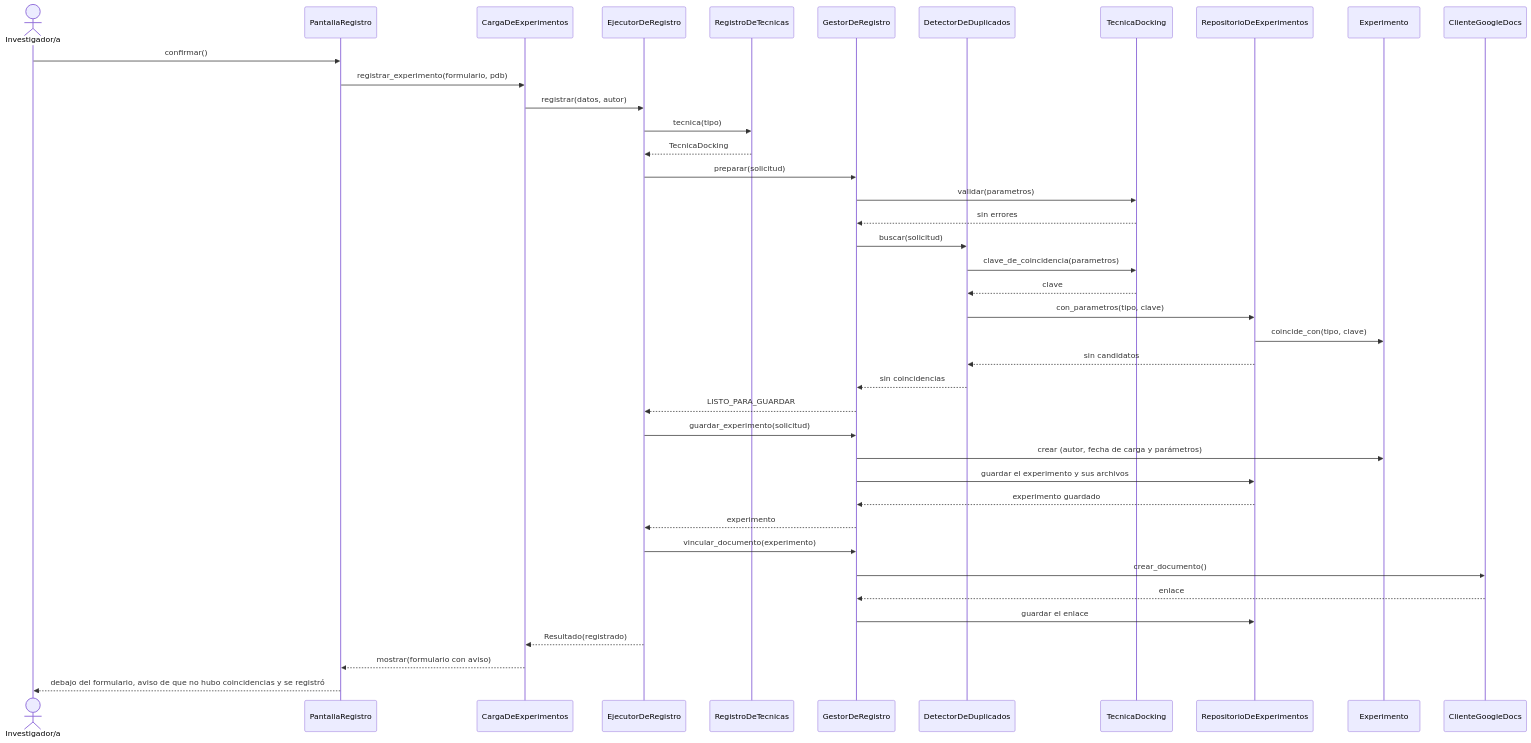
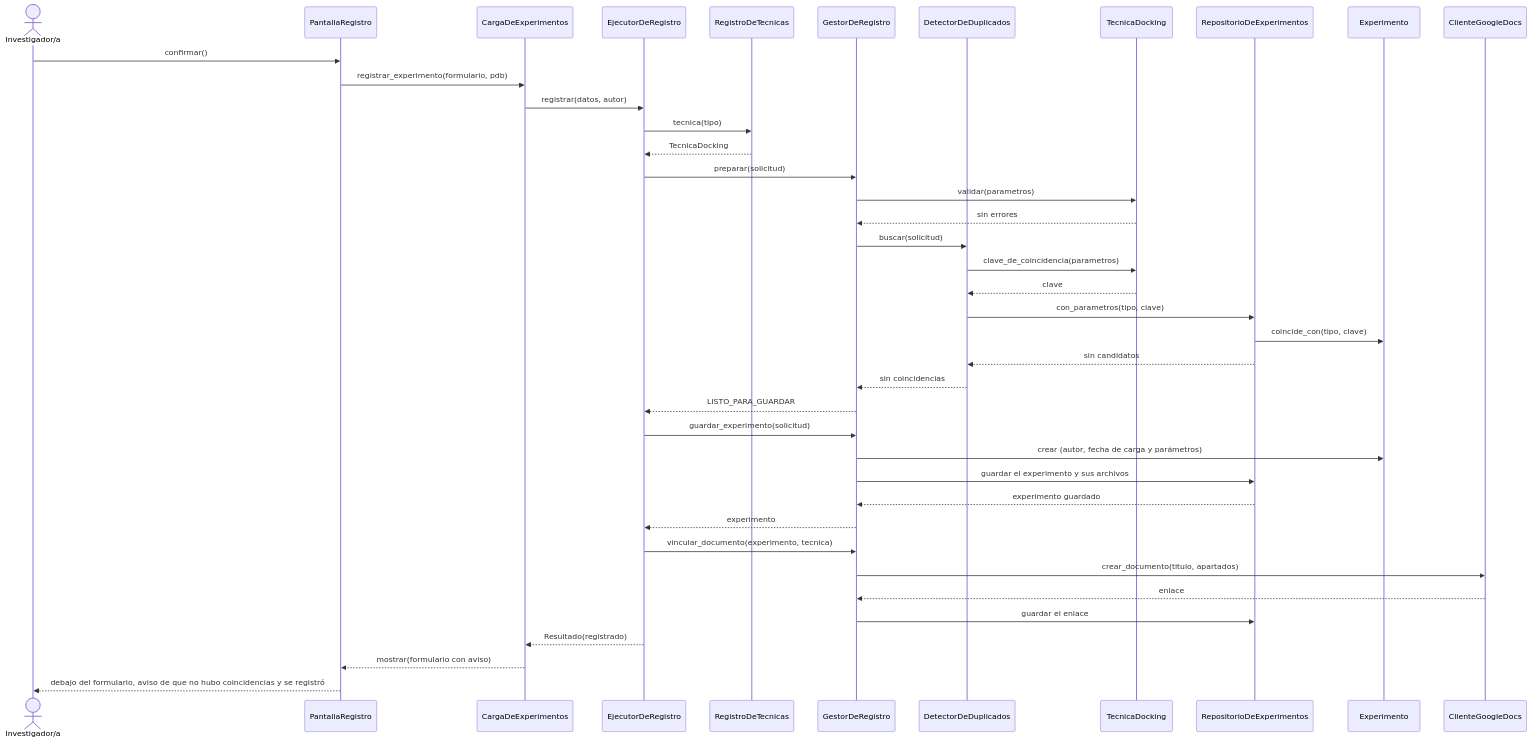
One commit to LucasSegovia01/BitacoraBio-2026 changed the second of 5 diagrams in docs/design/diseno-detallado.md. Above: the diagram before and after it, drawn with Mermaid. The commit also changed other lines of this file and 12 other files, not shown here.

````diff
--- a/docs/design/diseno-detallado.md
+++ b/docs/design/diseno-detallado.md
@@ -248,42 +248,42 @@
 ```mermaid
 sequenceDiagram
     actor Inv as Investigador/a
     participant PR as PantallaRegistro
     participant CE as CargaDeExperimentos
     participant E as EjecutorDeRegistro
     participant RT as RegistroDeTecnicas
     participant GR as GestorDeRegistro
     participant DD as DetectorDeDuplicados
     participant TD as TecnicaDocking
     participant RX as RepositorioDeExperimentos
     participant EX as Experimento
     participant CG as ClienteGoogleDocs
     Inv->>PR: confirmar()
     PR->>CE: registrar_experimento(formulario, pdb)
     CE->>E: registrar(datos, autor)
     E->>RT: tecnica(tipo)
     RT-->>E: TecnicaDocking
     E->>GR: preparar(solicitud)
     GR->>TD: validar(parametros)
     TD-->>GR: sin errores
     GR->>DD: buscar(solicitud)
     DD->>TD: clave_de_coincidencia(parametros)
     TD-->>DD: clave
     DD->>RX: con_parametros(tipo, clave)
     RX->>EX: coincide_con(tipo, clave)
     RX-->>DD: sin candidatos
     DD-->>GR: sin coincidencias
     GR-->>E: LISTO_PARA_GUARDAR
     E->>GR: guardar_experimento(solicitud)
     GR->>EX: crear (autor, fecha de carga y parámetros)
     GR->>RX: guardar el experimento y sus archivos
     RX-->>GR: experimento guardado
     GR-->>E: experimento
-    E->>GR: vincular_documento(experimento)
-    GR->>CG: crear_documento()
+    E->>GR: vincular_documento(experimento, tecnica)
+    GR->>CG: crear_documento(titulo, apartados)
     CG-->>GR: enlace
     GR->>RX: guardar el enlace
     E-->>CE: Resultado(registrado)
     CE-->>PR: mostrar(formulario con aviso)
     PR-->>Inv: debajo del formulario, aviso de que no hubo coincidencias y se registró
 ```
````
